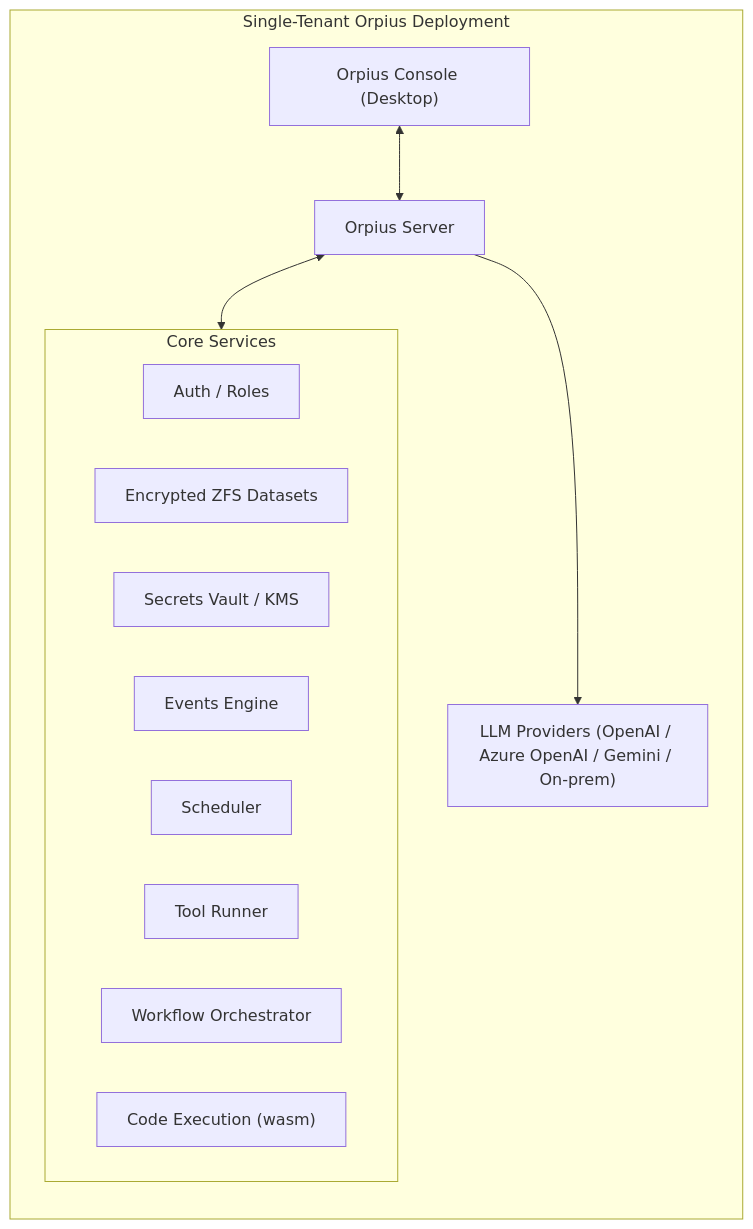
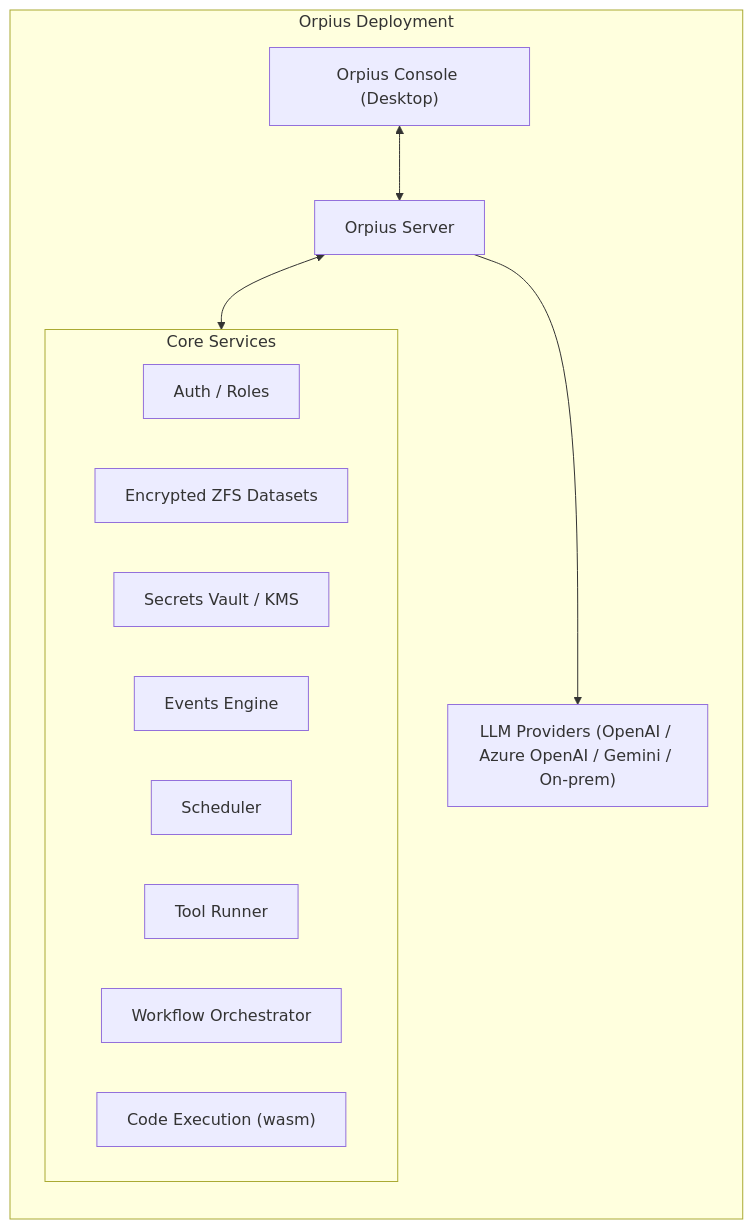
The first of 13 diagrams in docs/UserGuide/index.md (Orpius/SDK), drawn with Mermaid before and after one commit. The commit also changed other lines of this file, not shown here.

Commit message:
Shorten some diagram titles.

````diff
--- a/docs/UserGuide/index.md
+++ b/docs/UserGuide/index.md
@@ -189,24 +189,24 @@
 ```mermaid
 flowchart LR
-    subgraph Tenant["Single-Tenant Orpius Deployment"]
+    subgraph Tenant["Orpius Deployment"]
         Console["Orpius Console (Desktop)"]
         Server["Orpius Server"]
 
         subgraph Core["Core Services"]
             Auth["Auth / Roles"]
             Storage["Encrypted ZFS Datasets"]
             Secrets["Secrets Vault / KMS"]
             Events["Events Engine"]
             Schedules["Scheduler"]
             Tools["Tool Runner"]
             Orchestrator["Workflow Orchestrator"]
             CodeExec["Code Execution (wasm)"]
         end
 
         Providers["LLM Providers (OpenAI / Azure OpenAI / Gemini / On-prem)"]
     end
 
     Console <--> Server
     Server <--> Core
     Server --> Providers
 ```
````
